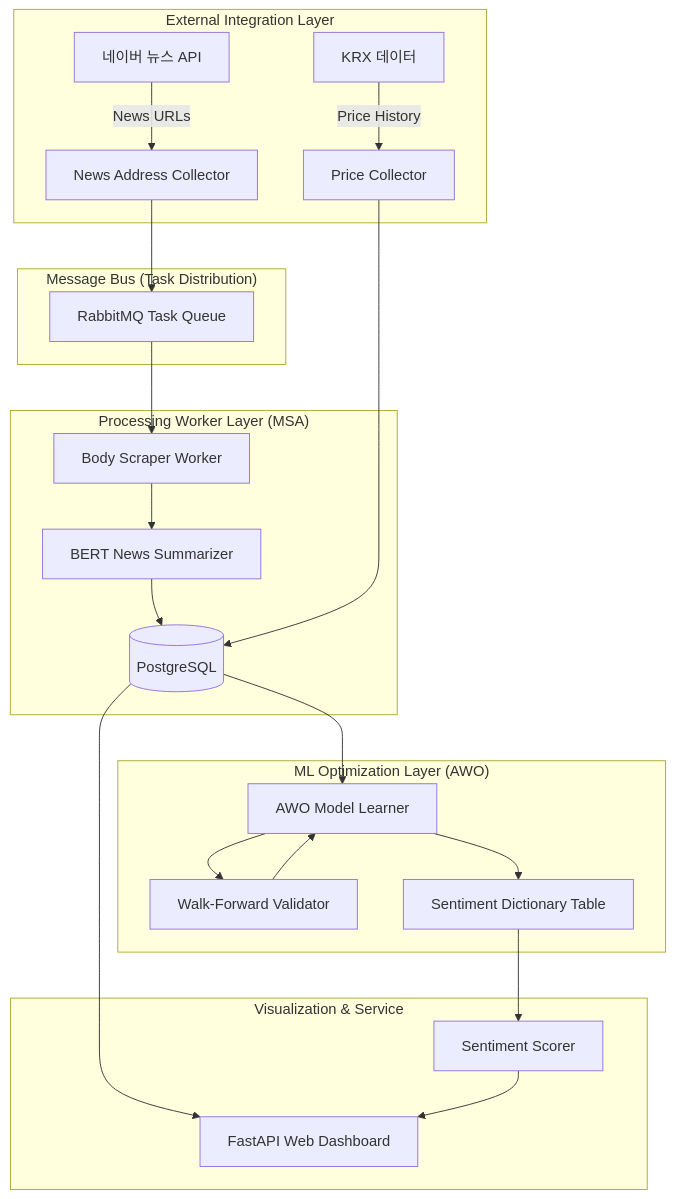
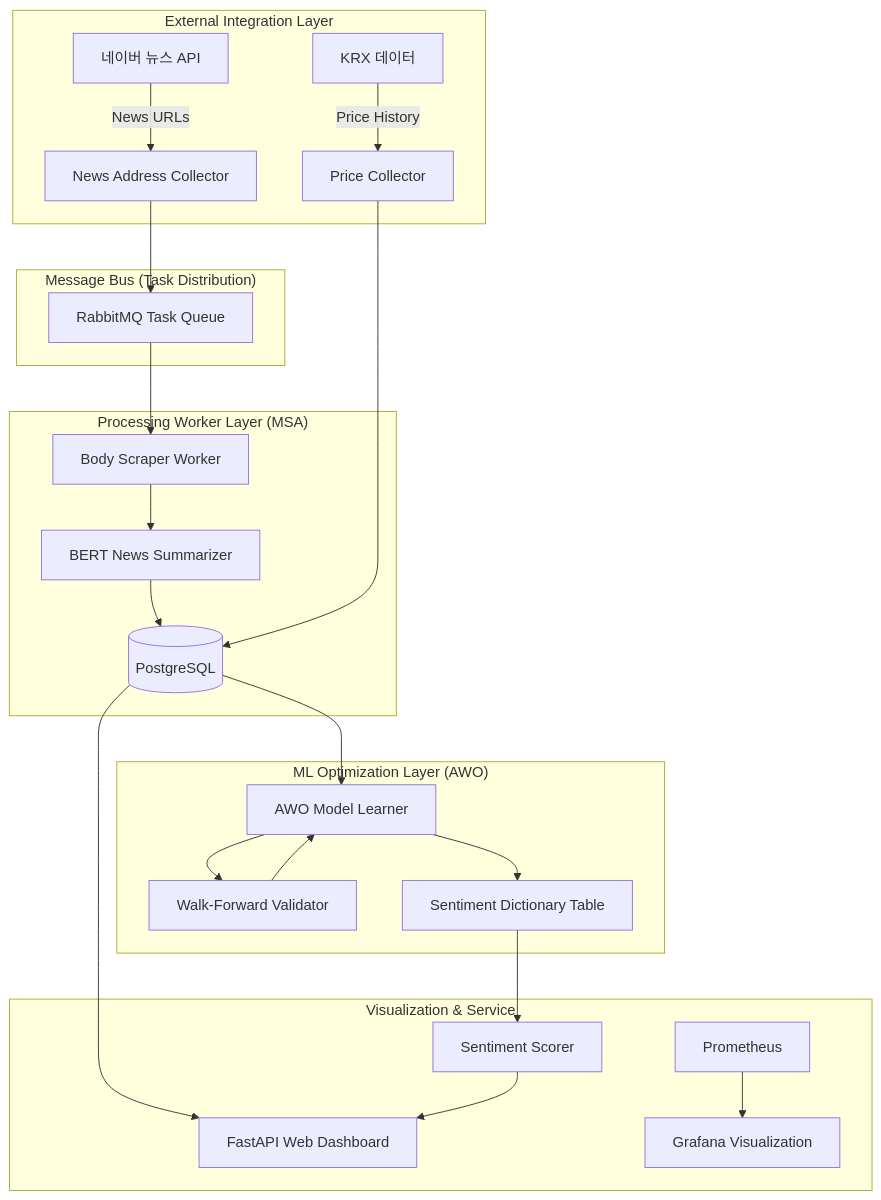
The first of 2 diagrams in README.md (silverwoods-dev/N-SentiTrader), drawn with Mermaid before and after one commit. The commit also changed other lines of this file, not shown here.

````diff
--- a/README.md
+++ b/README.md
@@ -69,31 +85,32 @@
 ```mermaid
 flowchart TD
     subgraph "External Integration Layer"
         Naver[네이버 뉴스 API] -->|News URLs| Collector[News Address Collector]
         KRX[KRX 데이터] -->|Price History| PriceCollector[Price Collector]
     end
     
     subgraph "Message Bus (Task Distribution)"
         Collector --> MQ[RabbitMQ Task Queue]
     end
     
     subgraph "Processing Worker Layer (MSA)"
         MQ --> BodyWorker[Body Scraper Worker]
         BodyWorker --> Summarizer[BERT News Summarizer]
         Summarizer --> DB[(PostgreSQL)]
     end
     
     subgraph "ML Optimization Layer (AWO)"
         DB --> Learner[AWO Model Learner]
         Learner --> Validator[Walk-Forward Validator]
         Validator --> Learner
         Learner --> Dictionary[Sentiment Dictionary Table]
     end
     
     subgraph "Visualization & Service"
         Dictionary --> Scoring[Sentiment Scorer]
         PriceCollector --> DB
         DB --> Dashboard[FastAPI Web Dashboard]
         Scoring --> Dashboard
+        Metrics[Prometheus] --> Grafana[Grafana Visualization]
     end
 ```
````
